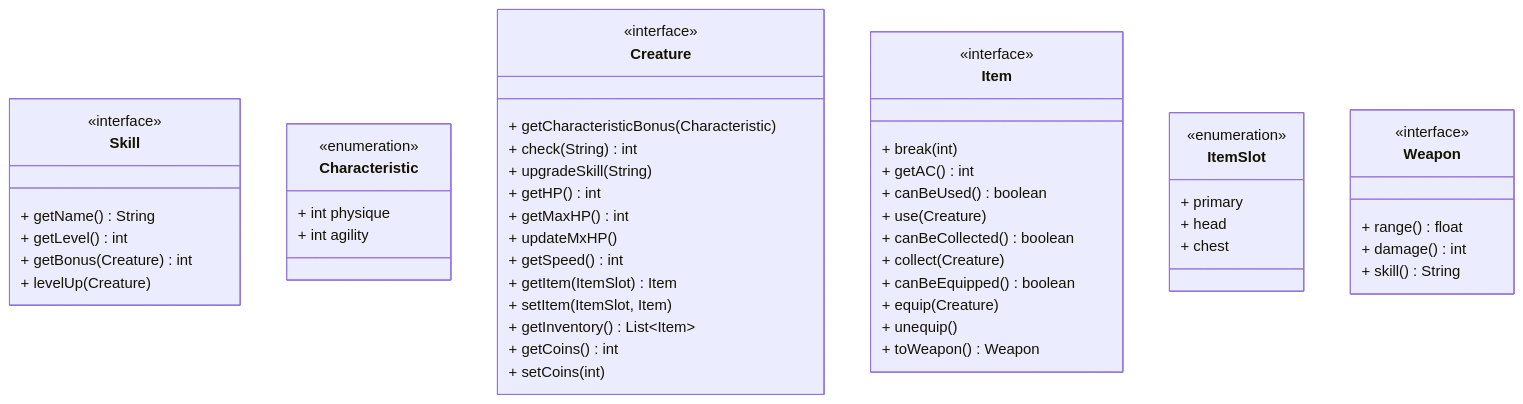
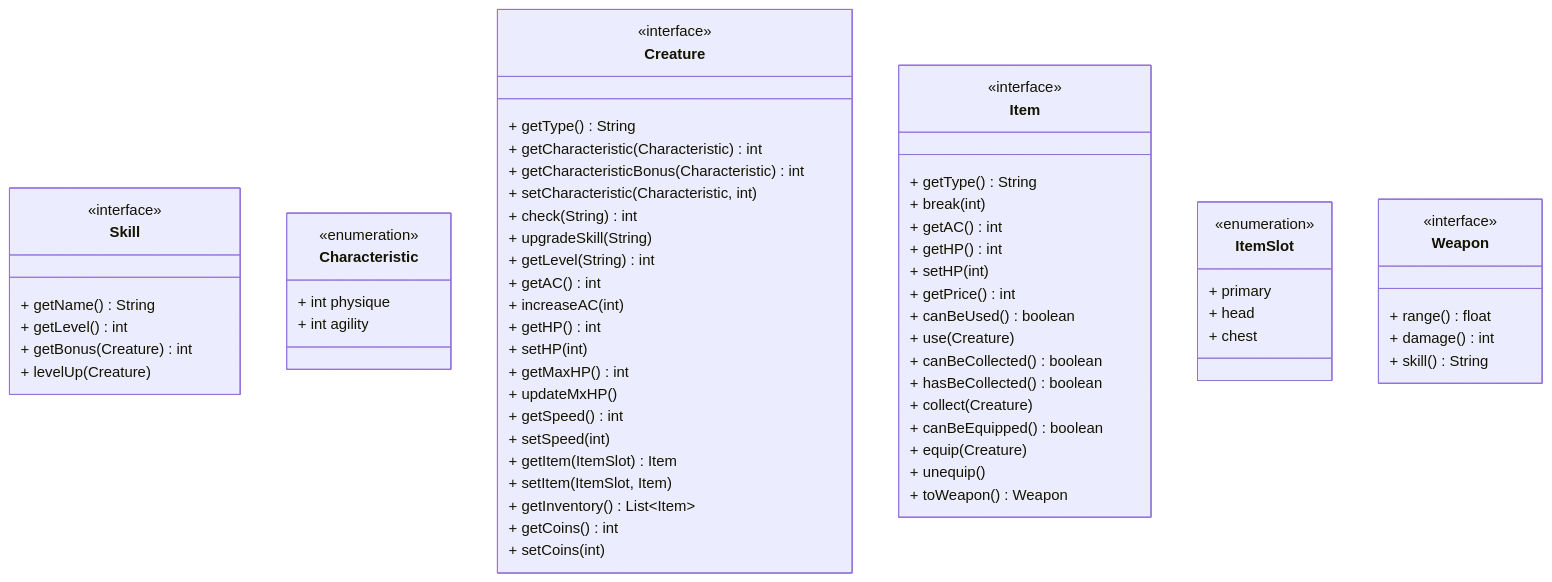
Before and after one commit to StrangeClone/GreatGame: the third of 36 diagrams in class_design/Version_0_1.md, drawn with Mermaid. The commit also changed other lines of this file and 22 other files, not shown here.

````diff
--- a/class_design/Version_0_1.md
+++ b/class_design/Version_0_1.md
@@ -130,55 +130,68 @@
 ```mermaid
 classDiagram
   class Skill {
     <<interface>>
     + getName() String
     + getLevel() int
     + getBonus(Creature) int
     + levelUp(Creature)
   }
   class Characteristic {
     <<enumeration>>
     + int physique
     + int agility
   }
   class Creature {
     <<interface>>
-    + getCharacteristicBonus(Characteristic)
+    + getType() String
+    + getCharacteristic(Characteristic) int
+    + getCharacteristicBonus(Characteristic) int
+    + setCharacteristic(Characteristic, int)
     + check(String) int
     + upgradeSkill(String)
+    + getLevel(String) int
+    + getAC() int
+    + increaseAC(int)
     + getHP() int
+    + setHP(int)
     + getMaxHP() int
     + updateMxHP()
     + getSpeed() int
+    + setSpeed(int)
     + getItem(ItemSlot) Item
     + setItem(ItemSlot, Item)
     + getInventory() List~Item~
     + getCoins() int
     + setCoins(int)
   }
   class Item {
     <<interface>>
+    + getType() String
     + break(int)
     + getAC() int
+    + getHP() int
+    + setHP(int)
+    + getPrice() int
     + canBeUsed() boolean
     + use(Creature)
     + canBeCollected() boolean
+    + hasBeCollected() boolean
     + collect(Creature)
     + canBeEquipped() boolean
     + equip(Creature)
     + unequip()
     + toWeapon() Weapon
   }
   class ItemSlot {
     <<enumeration>>
     + primary
     + head
     + chest
   }
   class Weapon {
       <<interface>>
       + range() float
       + damage() int
       + skill() String
   }
 ```
````
